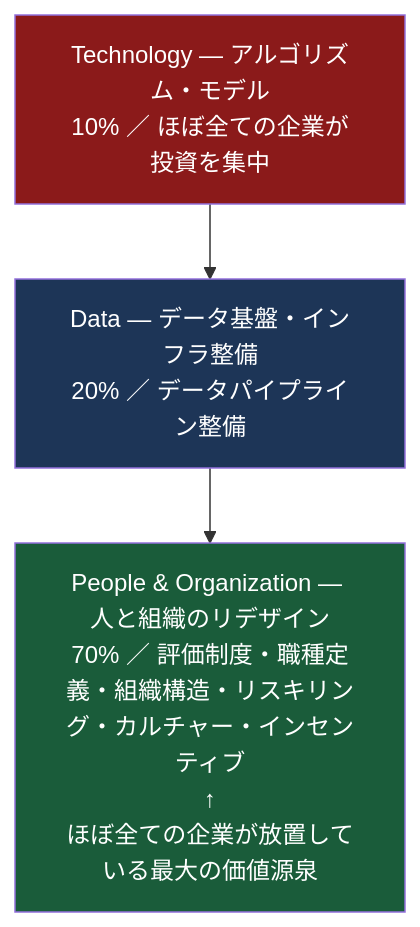
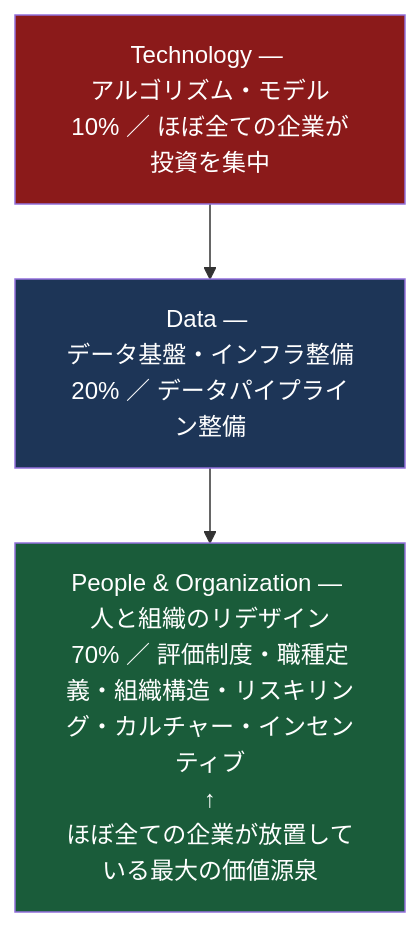
One commit to Leading-AI-IO/the-ai-organization changed the first of 14 diagrams in docs/jp/the-ai-organization_JP.md. Above: the diagram before and after it, drawn with Mermaid.

````diff
--- a/docs/jp/the-ai-organization_JP.md
+++ b/docs/jp/the-ai-organization_JP.md
@@ -49,11 +49,11 @@
 ```mermaid
 graph TD
-    A["Technology — アルゴリズム・モデル<br/>10% ／ ほぼ全ての企業が投資を集中"]
-    B["Data — データ基盤・インフラ整備<br/>20% ／ データパイプライン整備"]
-    C["People & Organization — 人と組織のリデザイン<br/>70% ／ 評価制度・職種定義・組織構造・リスキリング・カルチャー・インセンティブ<br/>↑<br/>ほぼ全ての企業が放置している最大の価値源泉"]
+    A["Technology — <br/>アルゴリズム・モデル<br/>10% ／ ほぼ全ての企業が投資を集中"]
+    B["Data — <br/>データ基盤・インフラ整備<br/>20% ／ データパイプライン整備"]
+    C["People & Organization — <br/>人と組織のリデザイン<br/>70% ／ 評価制度・職種定義・組織構造・リスキリング・カルチャー・インセンティブ<br/>↑<br/>ほぼ全ての企業が放置している最大の価値源泉"]
     A --> B --> C
 
     style A fill:#8b1a1a,color:#fff
     style B fill:#1d3557,color:#fff
     style C fill:#1a5c3a,color:#fff
 ```
````
